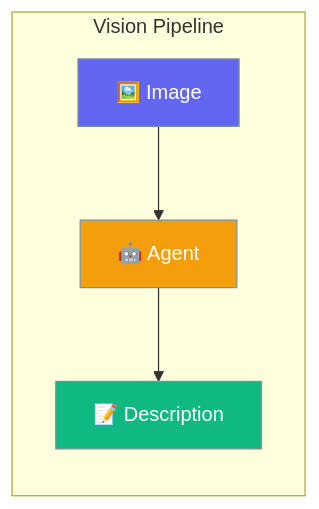
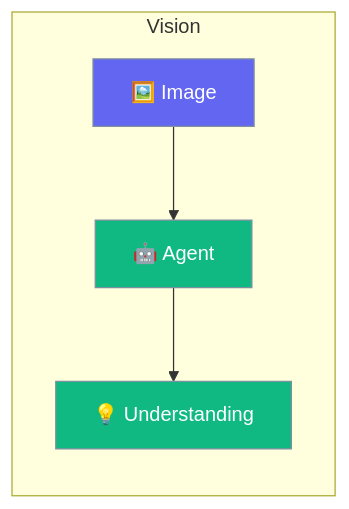
Before and after one commit to MervinPraison/PraisonAIDocs: the diagram in docs/rust/vision.mdx, drawn with Mermaid. The commit also changed other lines of this file and 87 other files, not shown here.

````diff
--- a/docs/rust/vision.mdx
+++ b/docs/rust/vision.mdx
@@ -10,15 +10,13 @@
 ```mermaid
 graph LR
-    subgraph "Vision Pipeline"
+    subgraph "Vision"
         I[🖼️ Image] --> A[🤖 Agent]
-        A --> D[📝 Description]
+        A --> U[💡 Understanding]
     end
     
     classDef image fill:#6366F1,stroke:#7C90A0,color:#fff
-    classDef agent fill:#F59E0B,stroke:#7C90A0,color:#fff
-    classDef output fill:#10B981,stroke:#7C90A0,color:#fff
+    classDef understanding fill:#10B981,stroke:#7C90A0,color:#fff
     
     class I image
-    class A agent
-    class D output
+    class A,U understanding
 ```
````
